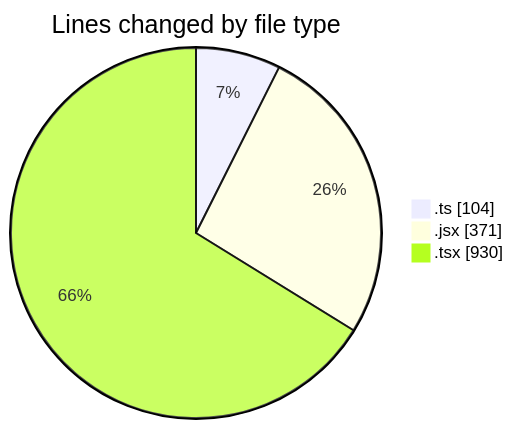
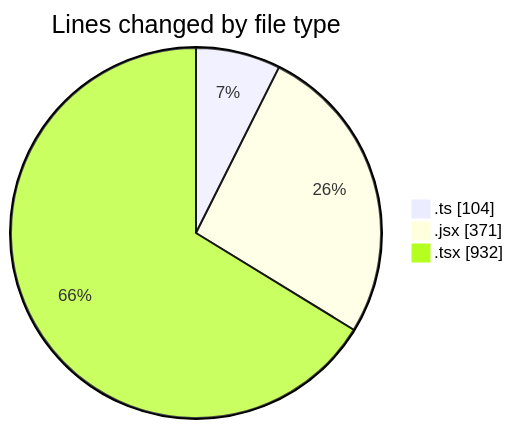
The first of 2 diagrams in 2025-02-08/termonied-web/README.md (robertbonfada/code-tracking), drawn with Mermaid before and after one commit. The commit also changed other lines of this file and 1 other file, not shown here.

````diff
--- a/2025-02-08/termonied-web/README.md
+++ b/2025-02-08/termonied-web/README.md
@@ -28,7 +28,7 @@
 ```mermaid
 pie showData
 title Lines changed by file type
 ".ts" : 104
 ".jsx" : 371
-".tsx" : 930
+".tsx" : 932
 ```
````
